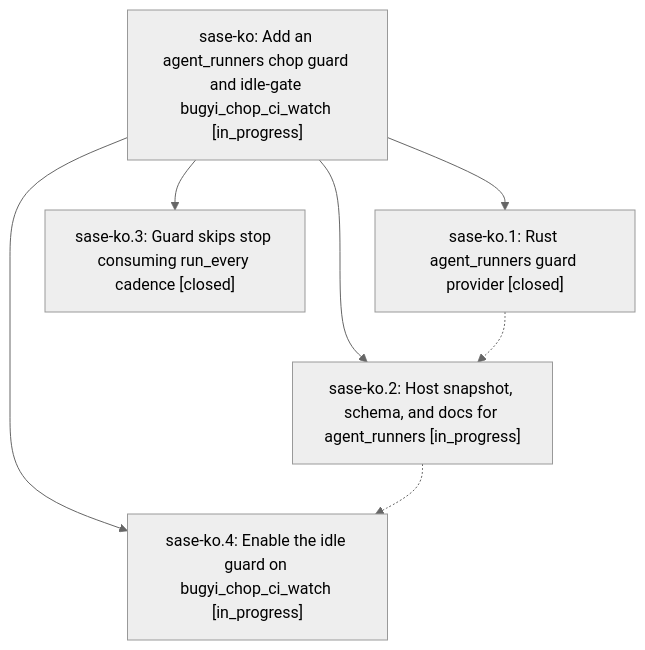
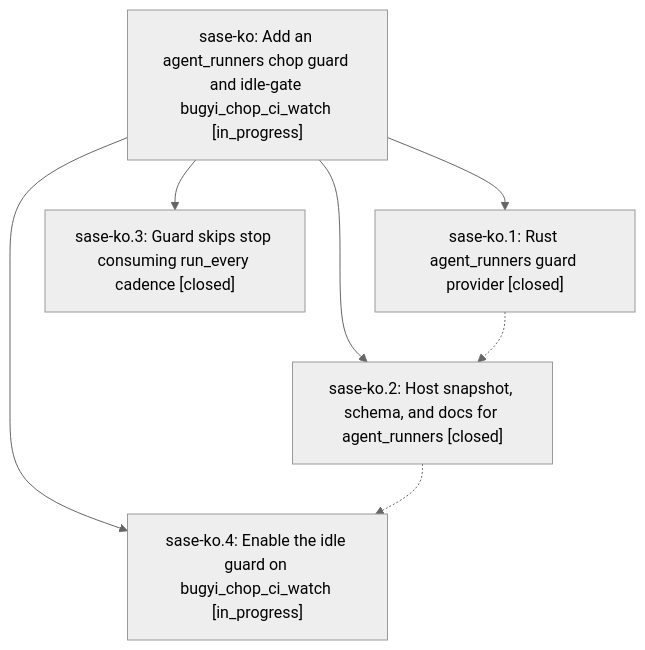
Before and after one commit to sase-org/sase--beads: the diagram in pages/sase-ko/README.md, drawn with Mermaid (neutral theme). The commit also changed other lines of this file and 3 other files, not shown here.

````diff
--- a/pages/sase-ko/README.md
+++ b/pages/sase-ko/README.md
@@ -25,14 +25,14 @@
 ```mermaid
 flowchart TD
     n0["sase-ko: Add an agent_runners chop guard and idle-gate bugyi_chop_ci_watch [in_progress]"]
     n1["sase-ko.1: Rust agent_runners guard provider [closed]"]
-    n2["sase-ko.2: Host snapshot, schema, and docs for agent_runners [in_progress]"]
+    n2["sase-ko.2: Host snapshot, schema, and docs for agent_runners [closed]"]
     n3["sase-ko.3: Guard skips stop consuming run_every cadence [closed]"]
     n4["sase-ko.4: Enable the idle guard on bugyi_chop_ci_watch [in_progress]"]
     n0 --> n1
     n0 --> n2
     n0 --> n3
     n0 --> n4
     n1 -.-> n2
     n2 -.-> n4
 ```
````
